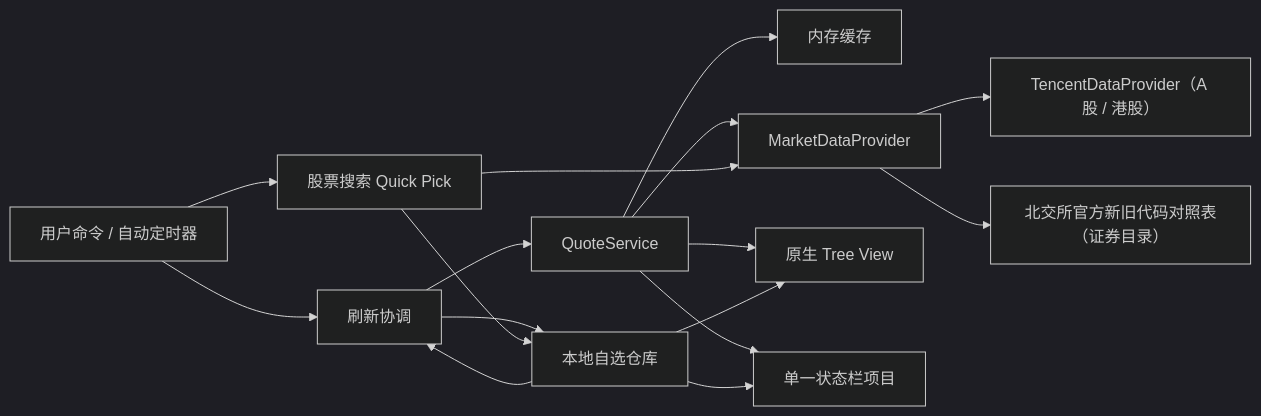
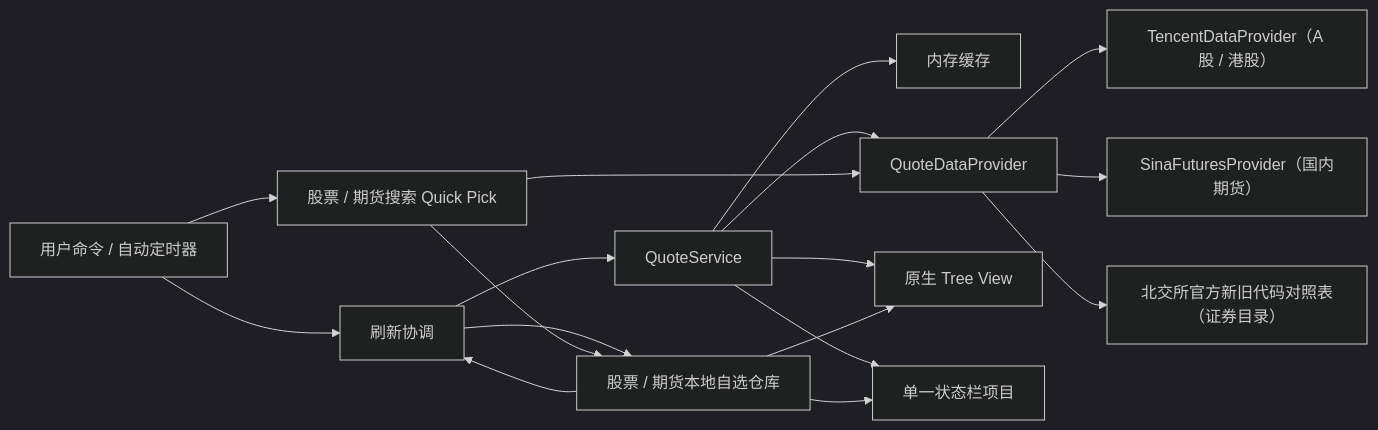
Before and after one commit to JSbiu/FishStock: the diagram in docs/architecture.md, drawn with Mermaid (dark theme). The commit also changed other lines of this file and 21 other files, not shown here.

````diff
--- a/docs/architecture.md
+++ b/docs/architecture.md
@@ -34,18 +36,19 @@
 ```mermaid
 flowchart LR
     U["用户命令 / 自动定时器"] --> R["刷新协调"]
-    R --> W["本地自选仓库"]
+    R --> W["股票 / 期货本地自选仓库"]
     W --> R
     R --> Q["QuoteService"]
     Q --> C["内存缓存"]
-    Q --> P["MarketDataProvider"]
+    Q --> P["QuoteDataProvider"]
     P --> M["TencentDataProvider（A 股 / 港股）"]
+    P --> F["SinaFuturesProvider（国内期货）"]
     P --> B["北交所官方新旧代码对照表（证券目录）"]
-    U --> A["股票搜索 Quick Pick"]
+    U --> A["股票 / 期货搜索 Quick Pick"]
     A --> P
     A --> W
     Q --> T["原生 Tree View"]
     Q --> S["单一状态栏项目"]
     W --> T
     W --> S
 ```
````
